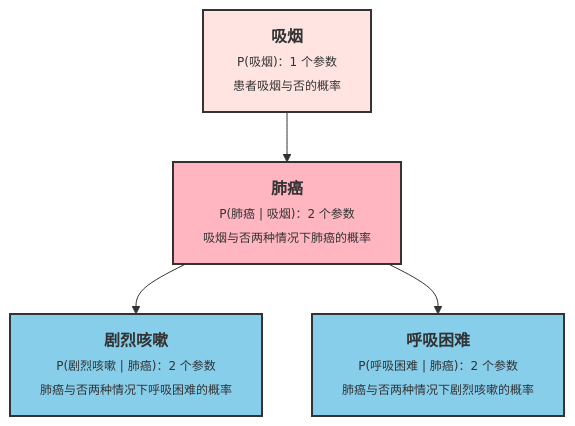
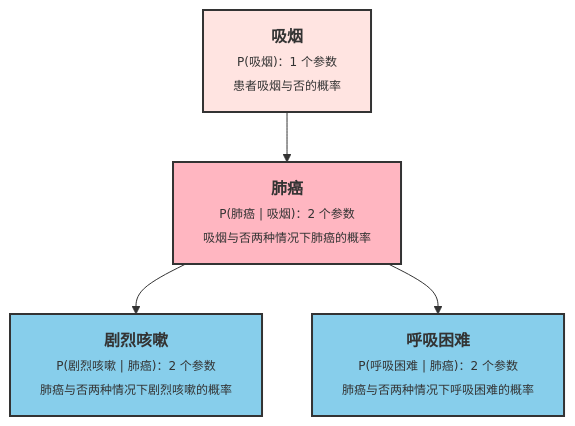
Before and after one commit to fenixsoft/dmla: the second of 3 diagrams in docs/statistical-learning/bayesian-methods/bayesian-network.md, drawn with Mermaid. The commit also changed other lines of this file and 8 other files, not shown here.

````diff
--- a/docs/statistical-learning/bayesian-methods/bayesian-network.md
+++ b/docs/statistical-learning/bayesian-methods/bayesian-network.md
@@ -45,18 +45,18 @@
 ```mermaid
 graph TD
     %% 定义节点样式
     classDef risk fill:#FFE4E1,stroke:#333,stroke-width:2px
     classDef core fill:#FFB6C1,stroke:#333,stroke-width:2px
     classDef obs fill:#87CEEB,stroke:#333,stroke-width:2px
 
     %% 节点定义
     S["<b>吸烟</b><br><span style='font-size:12px'>P(吸烟)：1 个参数<br>患者吸烟与否的概率</span>"]:::risk
     C["<b>肺癌</b><br><span style='font-size:12px'>P(肺癌 | 吸烟)：2 个参数<br>吸烟与否两种情况下肺癌的概率</span>"]:::core
-    X["<b>剧烈咳嗽</b><br><span style='font-size:12px'>P(剧烈咳嗽 | 肺癌)：2 个参数<br>肺癌与否两种情况下呼吸困难的概率</span>"]:::obs
-    D["<b>呼吸困难</b><br><span style='font-size:12px'>P(呼吸困难 | 肺癌)：2 个参数<br>肺癌与否两种情况下剧烈咳嗽的概率</span>"]:::obs
+    X["<b>剧烈咳嗽</b><br><span style='font-size:12px'>P(剧烈咳嗽 | 肺癌)：2 个参数<br>肺癌与否两种情况下剧烈咳嗽的概率</span>"]:::obs
+    D["<b>呼吸困难</b><br><span style='font-size:12px'>P(呼吸困难 | 肺癌)：2 个参数<br>肺癌与否两种情况下呼吸困难的概率</span>"]:::obs
 
     %% 边定义
     S --> C
     C --> X
     C --> D
 ```
````
